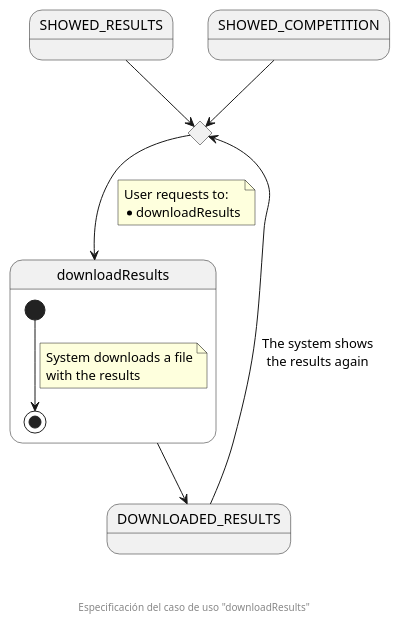
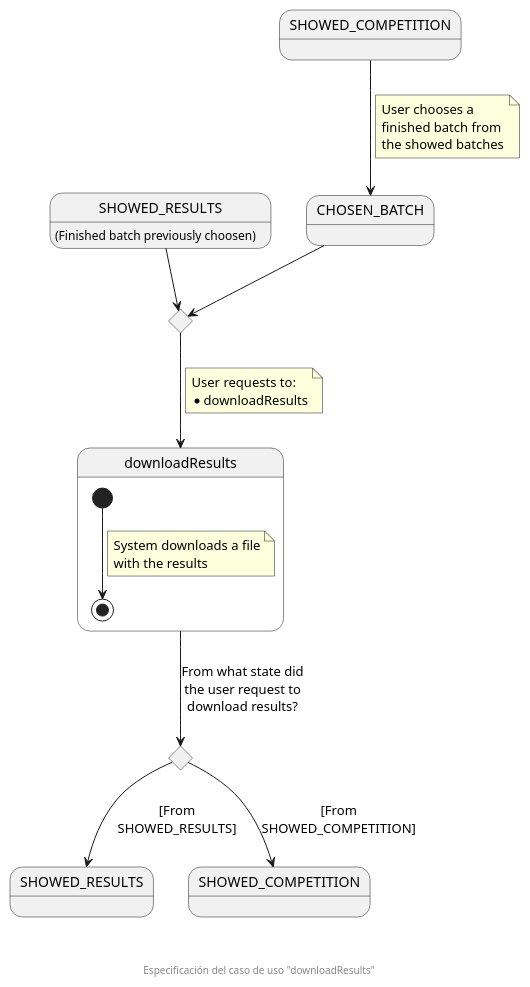
Before and after one commit to zuldare/mastercloud_pfm_halterocms: the diagram in documentation/diagrams/useCasesSpecification/spectator/8_downloadResults.puml, drawn with PlantUML.

Commit message:
Fix downloadResults use case specification

```diff
--- a/documentation/diagrams/useCasesSpecification/spectator/8_downloadResults.puml
+++ b/documentation/diagrams/useCasesSpecification/spectator/8_downloadResults.puml
@@ -1,27 +1,40 @@
 @startuml
-state SHOWED_RESULTS
+state SHOWED_RESULTS : (Finished batch previously choosen)
 state SHOWED_COMPETITION
+state CHOSEN_BATCH
 state enterDownloadCHC <<choice>>
-state DOWNLOADED_RESULTS
+state enterFinalStateCHC <<choice>>
 state downloadResults {
   [*] --> [*]
   note on link
     System downloads a file
     with the results
   end note
 }
 
+state "SHOWED_RESULTS" as SHOWED_RESULTS_F
+state "SHOWED_COMPETITION" as SHOWED_COMPETITION_F
+
 SHOWED_RESULTS --> enterDownloadCHC
-SHOWED_COMPETITION --> enterDownloadCHC
+SHOWED_COMPETITION --> CHOSEN_BATCH
+note on link
+  User chooses a 
+  finished batch from 
+  the showed batches
+end note
+
+CHOSEN_BATCH --> enterDownloadCHC
 
 enterDownloadCHC --> downloadResults
 note on link
   User requests to:
   * downloadResults
 end note
 
-downloadResults --> DOWNLOADED_RESULTS
-DOWNLOADED_RESULTS --> enterDownloadCHC : The system shows\nthe results again
+downloadResults --> enterFinalStateCHC : From what state did\nthe user request to\ndownload results?
+
+enterFinalStateCHC --> SHOWED_RESULTS_F : [From\nSHOWED_RESULTS]
+enterFinalStateCHC --> SHOWED_COMPETITION_F : [From\nSHOWED_COMPETITION]
 
 footer \n\n\n Especificación del caso de uso "downloadResults"
 @enduml
```
